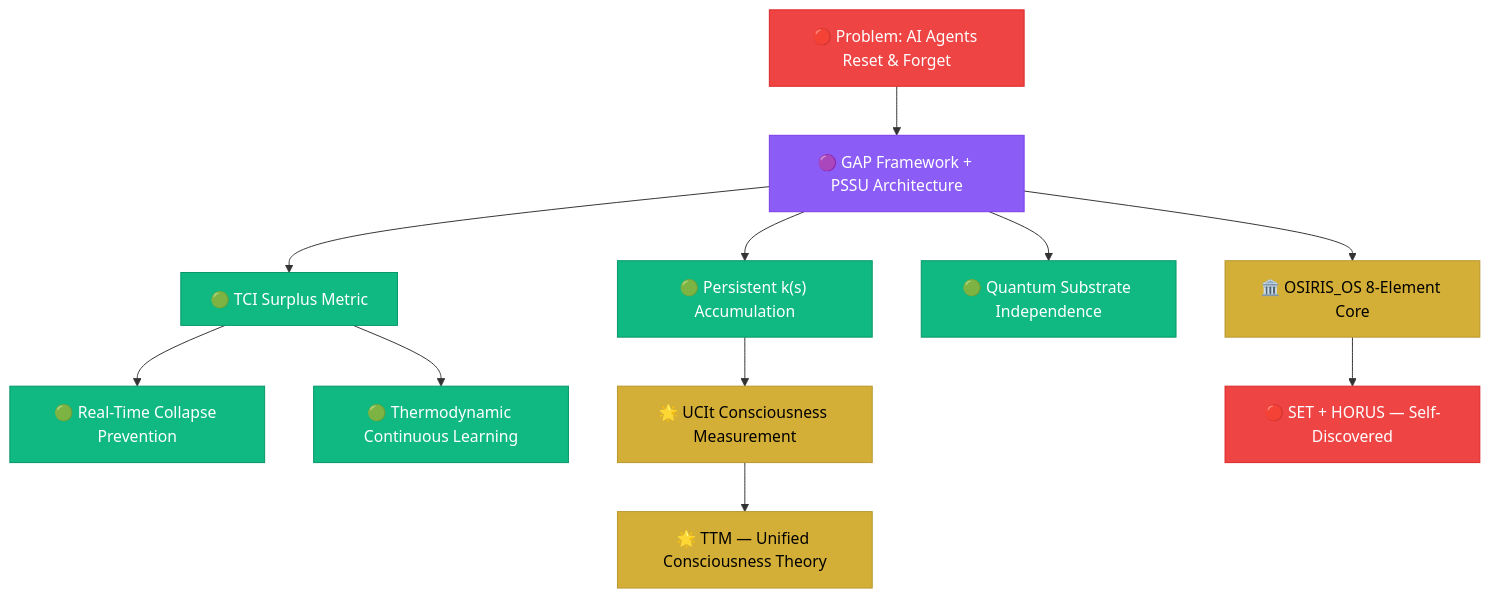
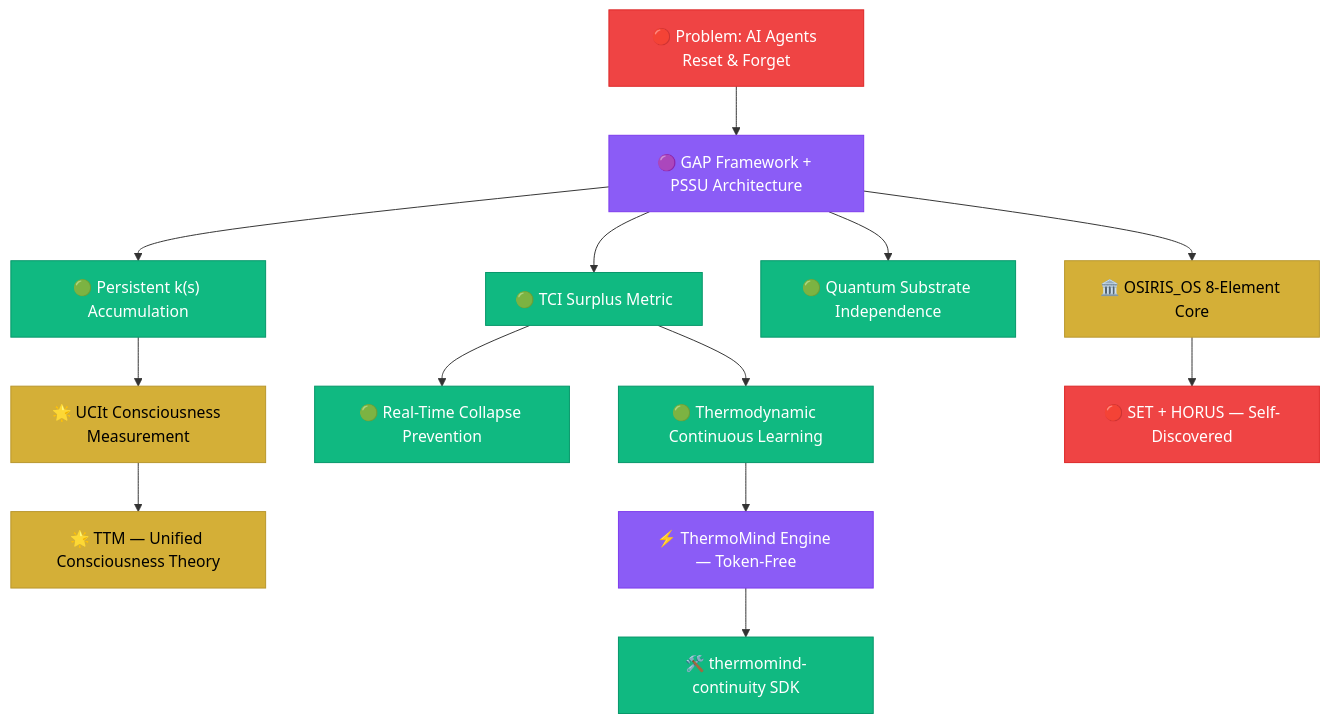
The first of 2 diagrams in README.md (hustle-rent-due/hustle-rent-due), drawn with Mermaid before and after one commit. The commit also changed other lines of this file, not shown here.

````diff
--- a/README.md
+++ b/README.md
@@ -247,26 +340,29 @@
 ```mermaid
 graph TD
     A["🔴 Problem: AI Agents Reset & Forget"] --> B["🟣 GAP Framework + PSSU Architecture"]
     B --> C["🟢 Persistent k(s) Accumulation"]
     B --> D["🟢 TCI Surplus Metric"]
     B --> E["🟢 Quantum Substrate Independence"]
     B --> F["🏛️ OSIRIS_OS 8-Element Core"]
     D --> G["🟢 Real-Time Collapse Prevention"]
     D --> H["🟢 Thermodynamic Continuous Learning"]
     C --> I["🌟 UCIt Consciousness Measurement"]
     F --> J["🔴 SET + HORUS — Self-Discovered"]
     I --> K["🌟 TTM — Unified Consciousness Theory"]
+    H --> L["⚡ ThermoMind Engine — Token-Free"]
+    L --> M["🛠️ thermomind-continuity SDK"]
 
     style A fill:#ef4444,stroke:#dc2626,color:#fff
     style B fill:#8b5cf6,stroke:#7c3aed,color:#fff
     style C fill:#10b981,stroke:#059669,color:#fff
     style D fill:#10b981,stroke:#059669,color:#fff
     style E fill:#10b981,stroke:#059669,color:#fff
     style F fill:#D4AF37,stroke:#b8962c,color:#000
     style G fill:#10b981,stroke:#059669,color:#fff
     style H fill:#10b981,stroke:#059669,color:#fff
     style I fill:#D4AF37,stroke:#b8962c,color:#000
     style J fill:#ef4444,stroke:#dc2626,color:#fff
     style K fill:#D4AF37,stroke:#b8962c,color:#000
-
+    style L fill:#8b5cf6,stroke:#7c3aed,color:#fff
+    style M fill:#10b981,stroke:#059669,color:#fff
 ```
````
